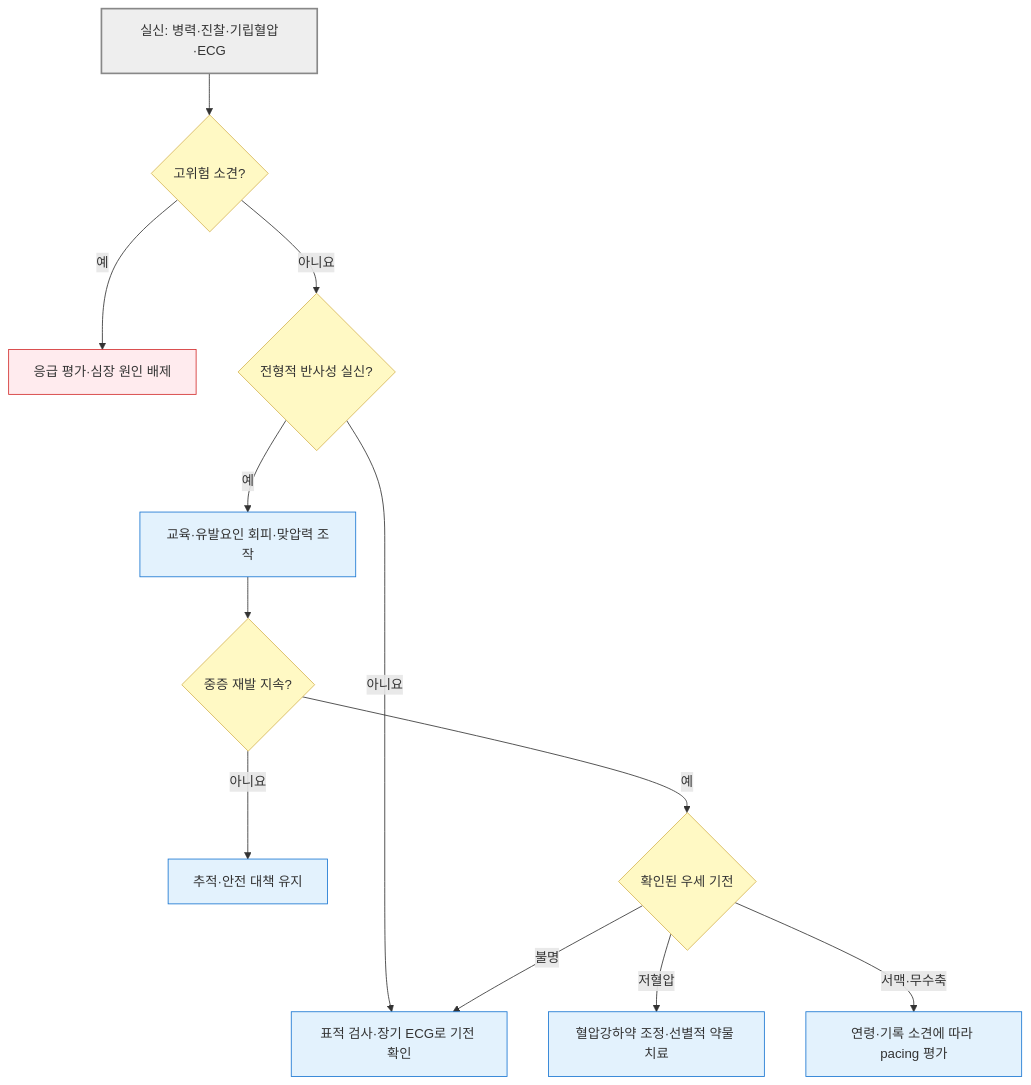
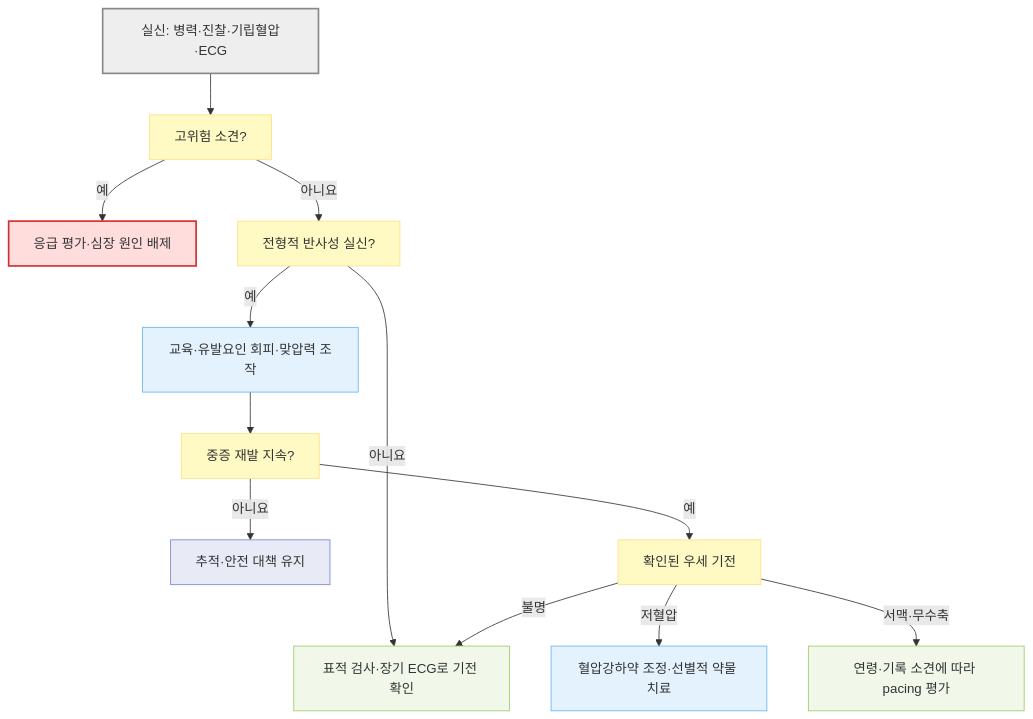
The diagram in 221_/022_-reflex-syncope.md (familyoh77/familyoh77), drawn with Mermaid before and after one commit. The commit also changed 17 other files, not shown here.

````diff
--- a/221_/022_-reflex-syncope.md
+++ b/221_/022_-reflex-syncope.md
@@ -129,22 +129,27 @@
 ```mermaid
 flowchart TD
-    A["실신: 병력·진찰·기립혈압·ECG"] --> B{"고위험 소견?"}
+    A["실신: 병력·진찰·기립혈압·ECG"] --> B["고위험 소견?"]
     B -- "예" --> C["응급 평가·심장 원인 배제"]
-    B -- "아니요" --> D{"전형적 반사성 실신?"}
+    B -- "아니요" --> D["전형적 반사성 실신?"]
     D -- "아니요" --> E["표적 검사·장기 ECG로 기전 확인"]
     D -- "예" --> F["교육·유발요인 회피·맞압력 조작"]
-    F --> G{"중증 재발 지속?"}
+    F --> G["중증 재발 지속?"]
     G -- "아니요" --> H["추적·안전 대책 유지"]
-    G -- "예" --> I{"확인된 우세 기전"}
+    G -- "예" --> I["확인된 우세 기전"]
     I -- "저혈압" --> J["혈압강하약 조정·선별적 약물 치료"]
     I -- "서맥·무수축" --> K["연령·기록 소견에 따라 pacing 평가"]
     I -- "불명" --> E
-    classDef start fill:#eee,stroke:#888,stroke-width:2px
-    classDef decision fill:#fff9c4,stroke:#d6b656
-    classDef process fill:#e3f2fd,stroke:#1976d2
-    classDef urgent fill:#ffebee,stroke:#d32f2f
+
+    classDef start fill:#eeeeee,stroke:#888888,stroke-width:2px
+    classDef question fill:#fff9c4,stroke:#ffe082
+    classDef emergency fill:#ffdddd,stroke:#d32f2f,stroke-width:2px
+    classDef evaluation fill:#f1f8e9,stroke:#9ccc65
+    classDef treatment fill:#e3f2fd,stroke:#64b5f6
+    classDef followup fill:#e8eaf6,stroke:#7986cb
     class A start
-    class B,D,G,I decision
-    class E,F,H,J,K process
-    class C urgent
+    class B,D,G,I question
+    class C emergency
+    class E,K evaluation
+    class F,J treatment
+    class H followup
 ```
````
